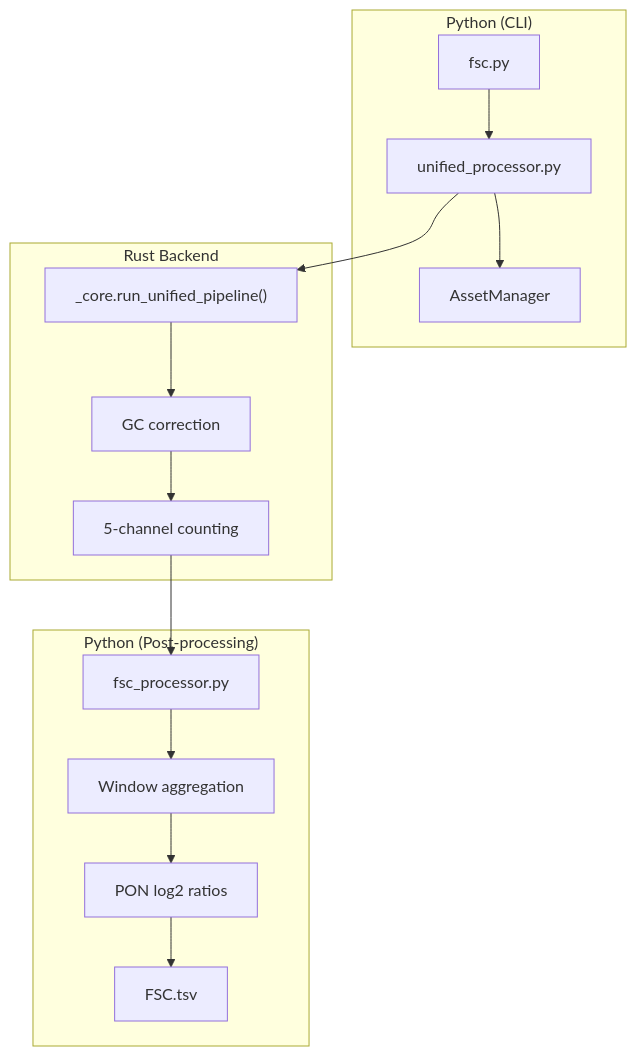
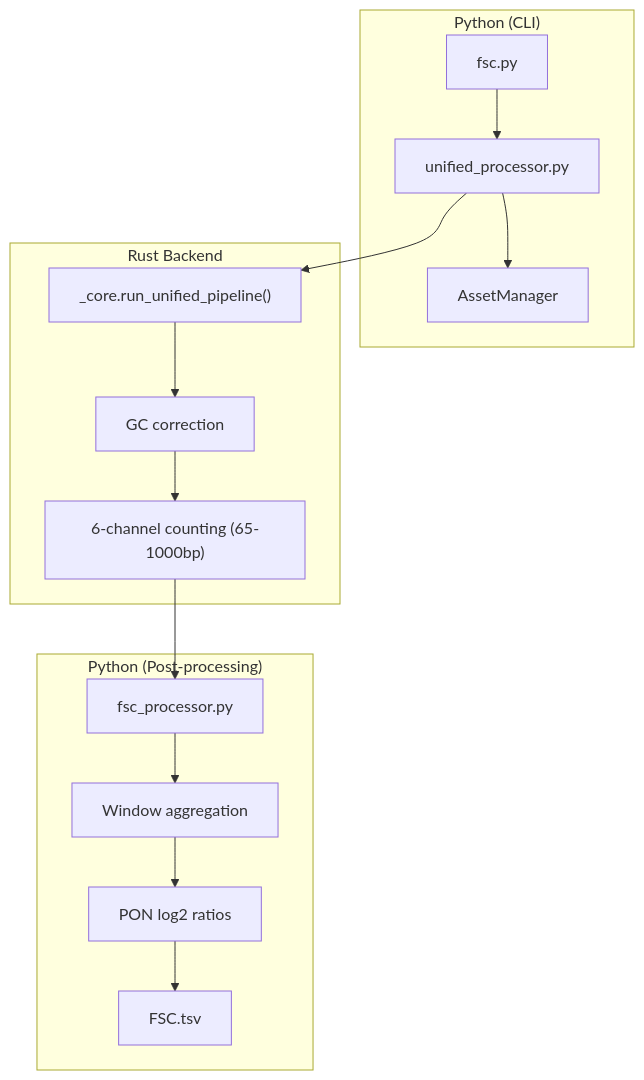
One commit to msk-access/krewlyzer changed the second of 3 diagrams in docs/features/fsc.md. Above: the diagram before and after it, drawn with Mermaid. The commit also changed other lines of this file and 16 other files, not shown here.

````diff
--- a/docs/features/fsc.md
+++ b/docs/features/fsc.md
@@ -82,20 +84,20 @@
 ```mermaid
 flowchart TB
     subgraph "Python (CLI)"
         CLI["fsc.py"] --> UP["unified_processor.py"]
         UP --> ASSETS["AssetManager"]
     end
     
     subgraph "Rust Backend"
         UP --> RUST["_core.run_unified_pipeline()"]
         RUST --> GC["GC correction"]
-        GC --> COUNT["5-channel counting"]
+        GC --> COUNT["6-channel counting (65-1000bp)"]
     end
     
     subgraph "Python (Post-processing)"
         COUNT --> PROC["fsc_processor.py"]
         PROC --> AGG["Window aggregation"]
         AGG --> PON["PON log2 ratios"]
         PON --> OUT["FSC.tsv"]
     end
 ```
````
